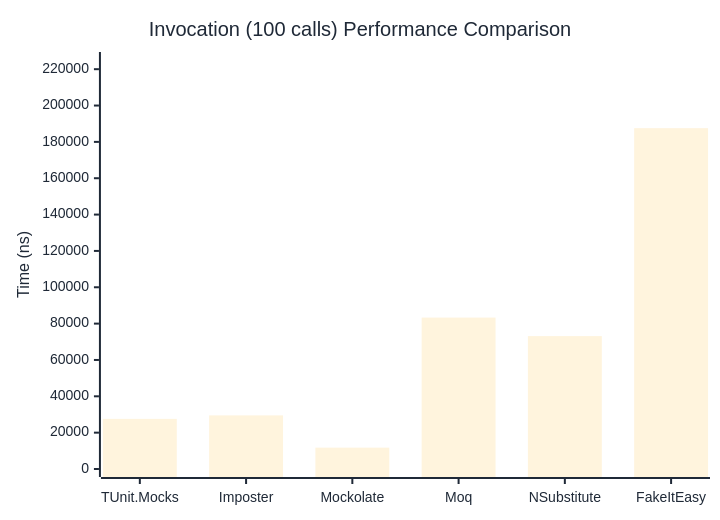
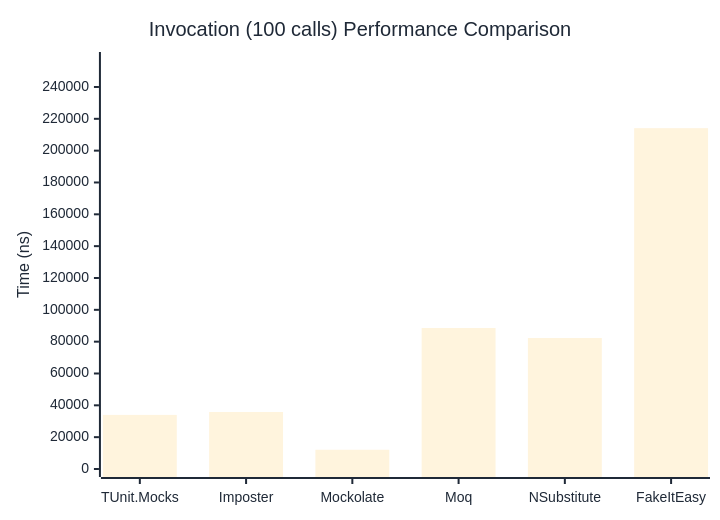
The third of 3 diagrams in docs/docs/benchmarks/mocks/Invocation.md (thomhurst/TUnit), drawn with Mermaid before and after one commit. The commit also changed other lines of this file and 14 other files, not shown here.

````diff
--- a/docs/docs/benchmarks/mocks/Invocation.md
+++ b/docs/docs/benchmarks/mocks/Invocation.md
@@ -112,27 +112,27 @@
 ```mermaid
 %%{init: {
   'theme':'base',
   'themeVariables': {
     'primaryColor': '#2563eb',
     'primaryTextColor': '#1f2937',
     'primaryBorderColor': '#1e40af',
     'lineColor': '#6b7280',
     'secondaryColor': '#7c3aed',
     'tertiaryColor': '#dc2626',
     'background': '#ffffff',
     'pie1': '#2563eb',
     'pie2': '#7c3aed',
     'pie3': '#dc2626',
     'pie4': '#f59e0b',
     'pie5': '#10b981',
     'pie6': '#06b6d4',
     'pie7': '#ec4899',
     'pie8': '#6366f1'
   }
 }}%%
 xychart-beta
   title "Invocation (100 calls) Performance Comparison"
   x-axis ["TUnit.Mocks", "Imposter", "Mockolate", "Moq", "NSubstitute", "FakeItEasy"]
-  y-axis "Time (ns)" 0 --> 225058
-  bar [27582.9, 29495.4, 11756.6, 83319.3, 73136.5, 187548.1]
+  y-axis "Time (ns)" 0 --> 256944
+  bar [33985.1, 35820.7, 12093.9, 88578.8, 82302.1, 214119.9]
 ```
````
